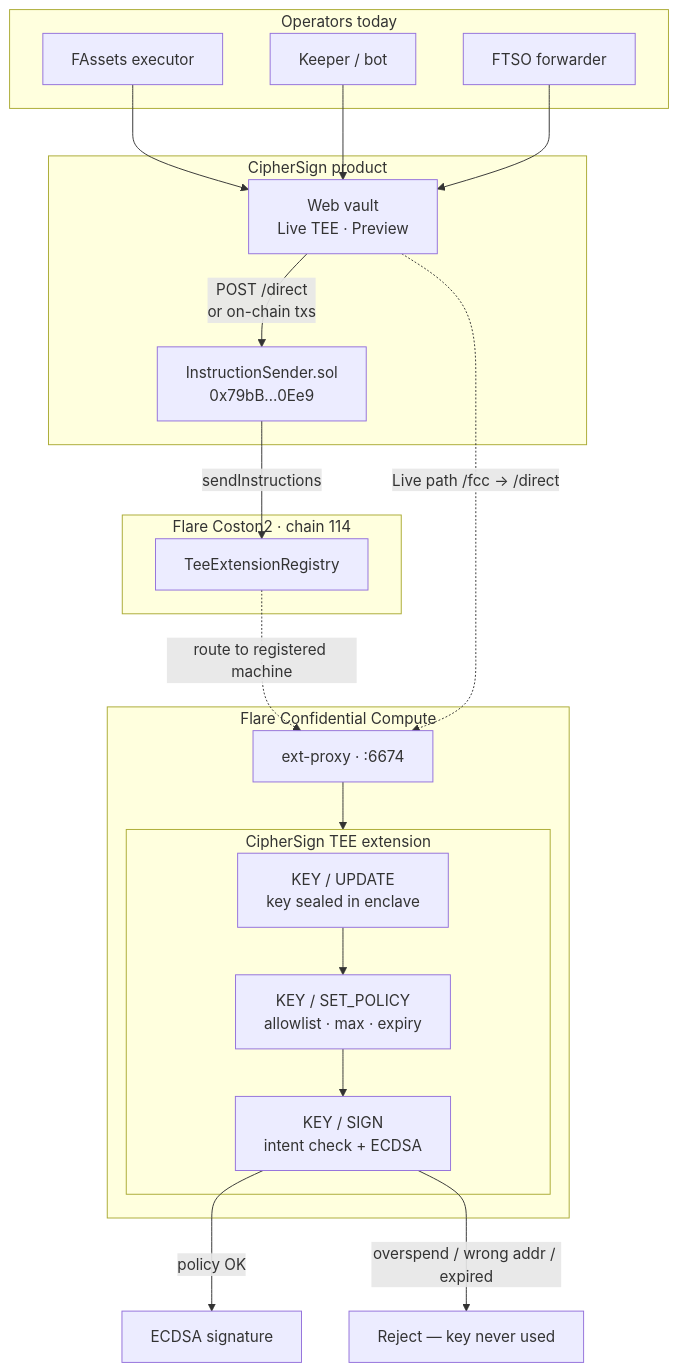
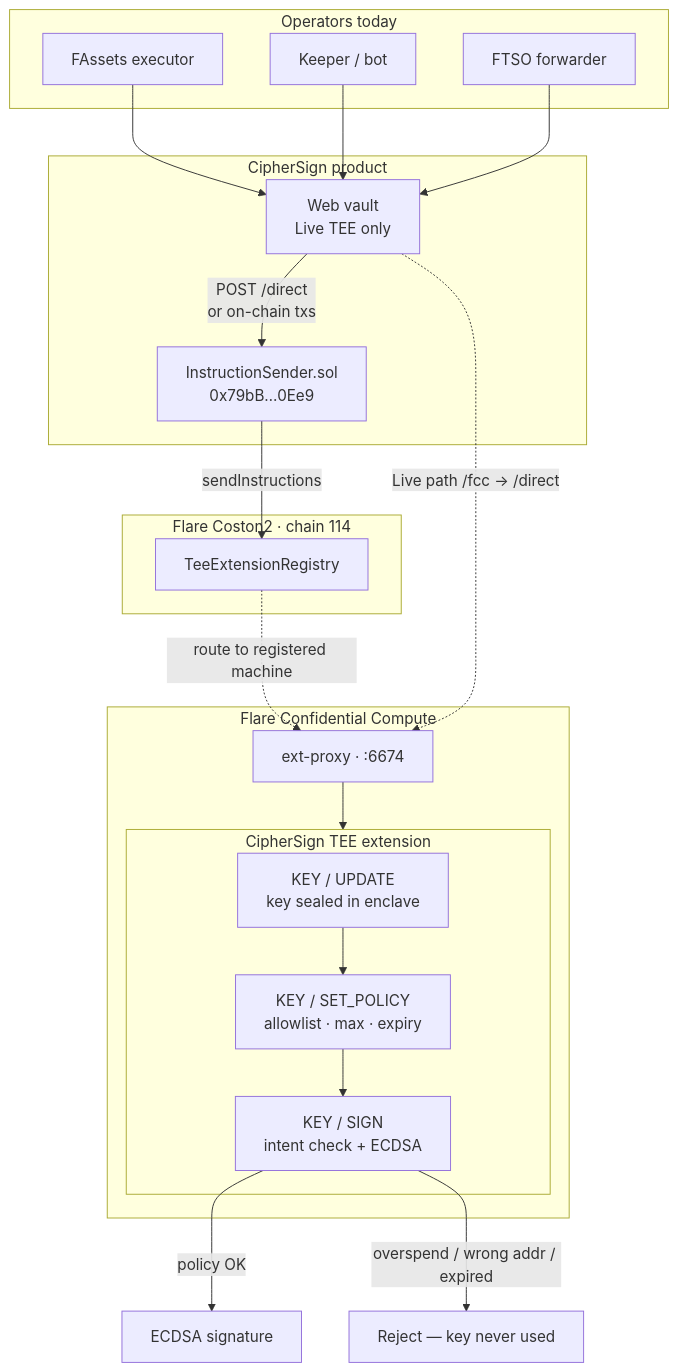
Before and after one commit to thesithunyein/cipher-sign: the first of 3 diagrams in README.md, drawn with Mermaid. The commit also changed other lines of this file and 7 other files, not shown here.

Commit message:
Ship real team payout product: live-only vault, crypto verify, no fake approve.

````diff
--- a/README.md
+++ b/README.md
@@ -70,40 +72,40 @@
 ```mermaid
 flowchart TB
   subgraph Clients["Operators today"]
     FA[FAssets executor]
     BOT[Keeper / bot]
     FTSO[FTSO forwarder]
   end
 
   subgraph Product["CipherSign product"]
-    UI["Web vault<br/>Live TEE · Preview"]
+    UI["Web vault<br/>Live TEE only"]
     UI -->|POST /direct<br/>or on-chain txs| SENDER
   end
 
   subgraph Coston2["Flare Coston2 · chain 114"]
     SENDER["InstructionSender.sol<br/>0x79bB…0Ee9"]
     REG["TeeExtensionRegistry"]
     SENDER -->|sendInstructions| REG
   end
 
   subgraph FCC["Flare Confidential Compute"]
     PROXY["ext-proxy · :6674"]
     REG -.->|route to registered machine| PROXY
     UI -.->|Live path /fcc → /direct| PROXY
     PROXY --> TEE
 
     subgraph TEE["CipherSign TEE extension"]
       UPD["KEY / UPDATE<br/>key sealed in enclave"]
       POL["KEY / SET_POLICY<br/>allowlist · max · expiry"]
       SIGN["KEY / SIGN<br/>intent check + ECDSA"]
       UPD --> POL --> SIGN
     end
   end
 
   FA --> UI
   BOT --> UI
   FTSO --> UI
 
   SIGN -->|policy OK| SIG["ECDSA signature"]
   SIGN -->|overspend / wrong addr / expired| REJ["Reject — key never used"]
 ```
````
